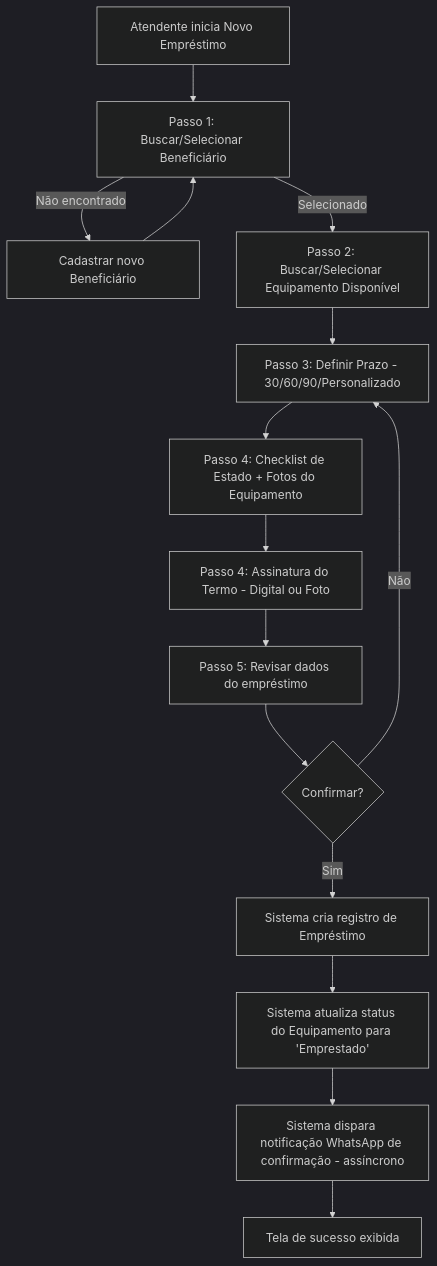
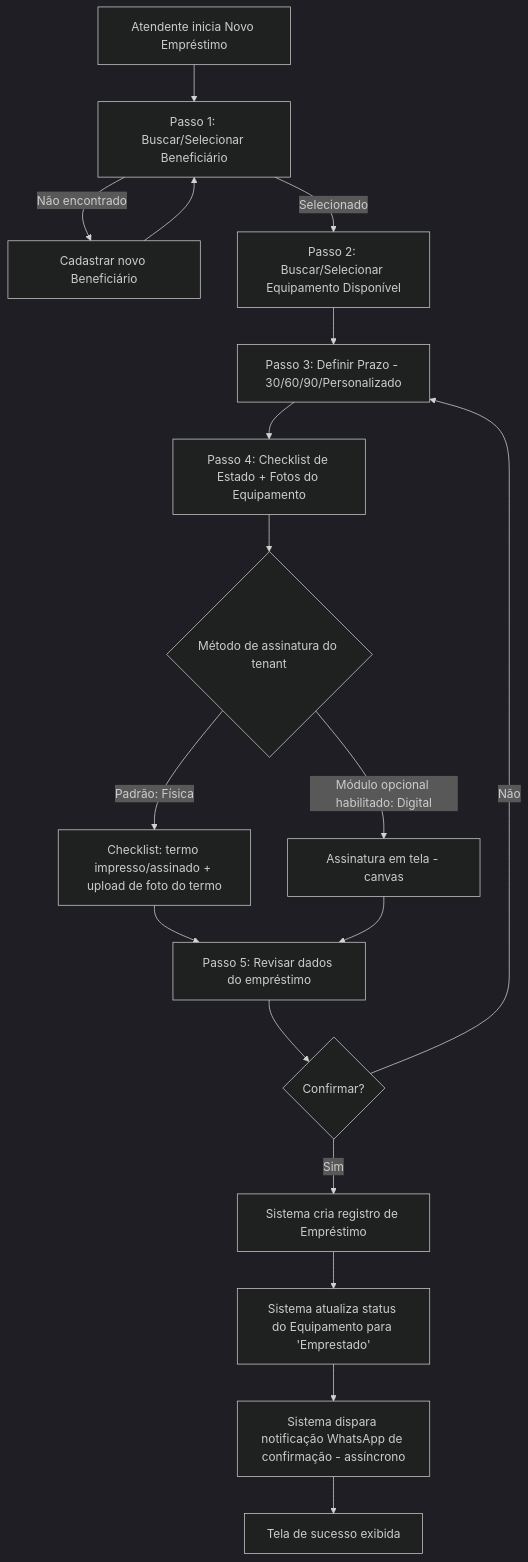
The first of 4 diagrams in docs/ESPECIFICACAO_TECNICA.md (CarloshenAssis/tec_assistiva), drawn with Mermaid (dark theme) before and after one commit. The commit also changed other lines of this file, not shown here.

First line of the commit message:
Ajusta especificação: assinatura física por padrão e arquitetura multi-tenant

````diff
--- a/docs/ESPECIFICACAO_TECNICA.md
+++ b/docs/ESPECIFICACAO_TECNICA.md
@@ -143,16 +174,19 @@
 ```mermaid
 flowchart TD
     A[Atendente inicia Novo Empréstimo] --> B[Passo 1: Buscar/Selecionar Beneficiário]
     B -->|Não encontrado| B1[Cadastrar novo Beneficiário] --> B
     B -->|Selecionado| C[Passo 2: Buscar/Selecionar Equipamento Disponível]
     C --> D[Passo 3: Definir Prazo - 30/60/90/Personalizado]
     D --> E[Passo 4: Checklist de Estado + Fotos do Equipamento]
-    E --> F[Passo 4: Assinatura do Termo - Digital ou Foto]
-    F --> G[Passo 5: Revisar dados do empréstimo]
+    E --> F{Método de assinatura do tenant}
+    F -->|Padrão: Física| F1[Checklist: termo impresso/assinado + upload de foto do termo]
+    F -->|Módulo opcional habilitado: Digital| F2[Assinatura em tela - canvas]
+    F1 --> G[Passo 5: Revisar dados do empréstimo]
+    F2 --> G
     G --> H{Confirmar?}
     H -->|Não| D
     H -->|Sim| I[Sistema cria registro de Empréstimo]
     I --> J[Sistema atualiza status do Equipamento para 'Emprestado']
     J --> K[Sistema dispara notificação WhatsApp de confirmação - assíncrono]
     K --> L[Tela de sucesso exibida]
 ```
````
